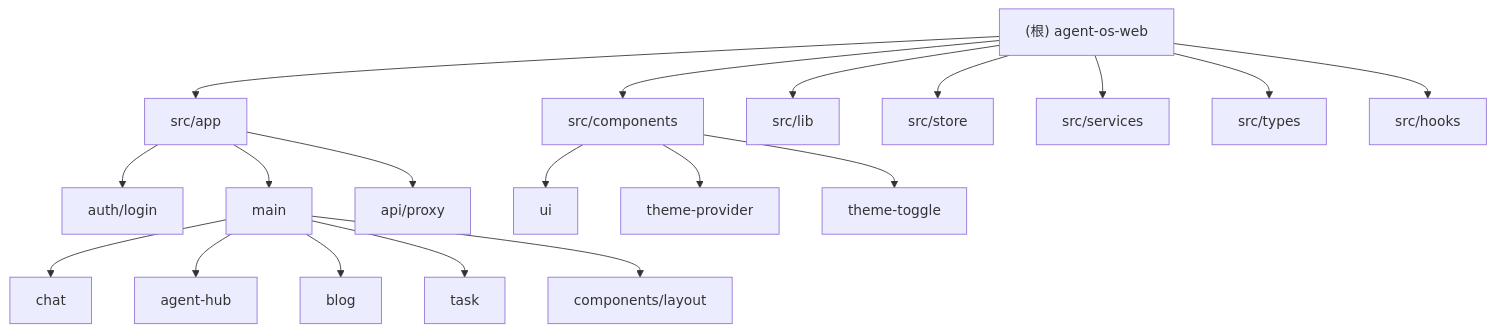
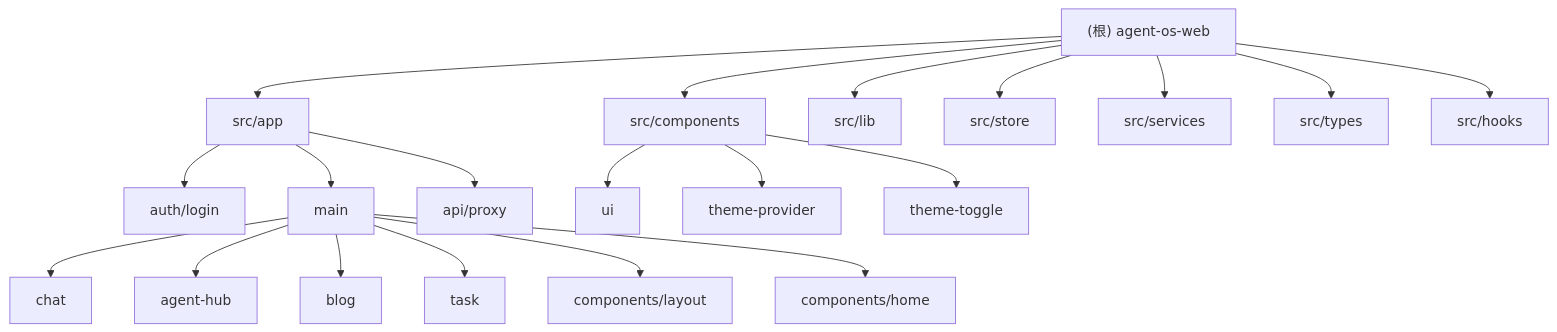
Before and after one commit to buhuijiaojiao/agent-os-web: the diagram in CLAUDE.md, drawn with Mermaid. The commit also changed other lines of this file and 5 other files, not shown here.

````diff
--- a/CLAUDE.md
+++ b/CLAUDE.md
@@ -65,32 +69,34 @@
 ```mermaid
 graph TD
     A["(根) agent-os-web"] --> B["src/app"]
     B --> C["auth/login"]
     B --> D["main"]
     B --> E["api/proxy"]
     D --> F["chat"]
     D --> G["agent-hub"]
     D --> H["blog"]
     D --> I["task"]
     D --> J["components/layout"]
-    A --> K["src/components"]
-    K --> L["ui"]
-    K --> M["theme-provider"]
-    K --> N["theme-toggle"]
-    A --> O["src/lib"]
-    A --> P["src/store"]
-    A --> Q["src/services"]
-    A --> R["src/types"]
-    A --> S["src/hooks"]
+    D --> K["components/home"]
+    A --> L["src/components"]
+    L --> M["ui"]
+    L --> N["theme-provider"]
+    L --> O["theme-toggle"]
+    A --> P["src/lib"]
+    A --> Q["src/store"]
+    A --> R["src/services"]
+    A --> S["src/types"]
+    A --> T["src/hooks"]
 
     click C "./src/app/auth/login/CLAUDE.md" "查看登录模块文档"
     click F "./src/app/main/chat/CLAUDE.md" "查看聊天模块文档"
     click G "./src/app/main/agent-hub/CLAUDE.md" "查看智能体中心文档"
     click H "./src/app/main/blog/CLAUDE.md" "查看博客模块文档"
     click I "./src/app/main/task/CLAUDE.md" "查看任务控制台文档"
     click E "./src/app/api/proxy/CLAUDE.md" "查看 API 代理文档"
     click J "./src/app/main/components/layout/CLAUDE.md" "查看布局组件文档"
-    click P "./src/store/CLAUDE.md" "查看状态管理文档"
-    click Q "./src/services/CLAUDE.md" "查看服务层文档"
-    click R "./src/types/CLAUDE.md" "查看类型定义文档"
+    click K "./src/app/main/components/home/CLAUDE.md" "查看首页组件文档"
+    click Q "./src/store/CLAUDE.md" "查看状态管理文档"
+    click R "./src/services/CLAUDE.md" "查看服务层文档"
+    click S "./src/types/CLAUDE.md" "查看类型定义文档"
 ```
````
